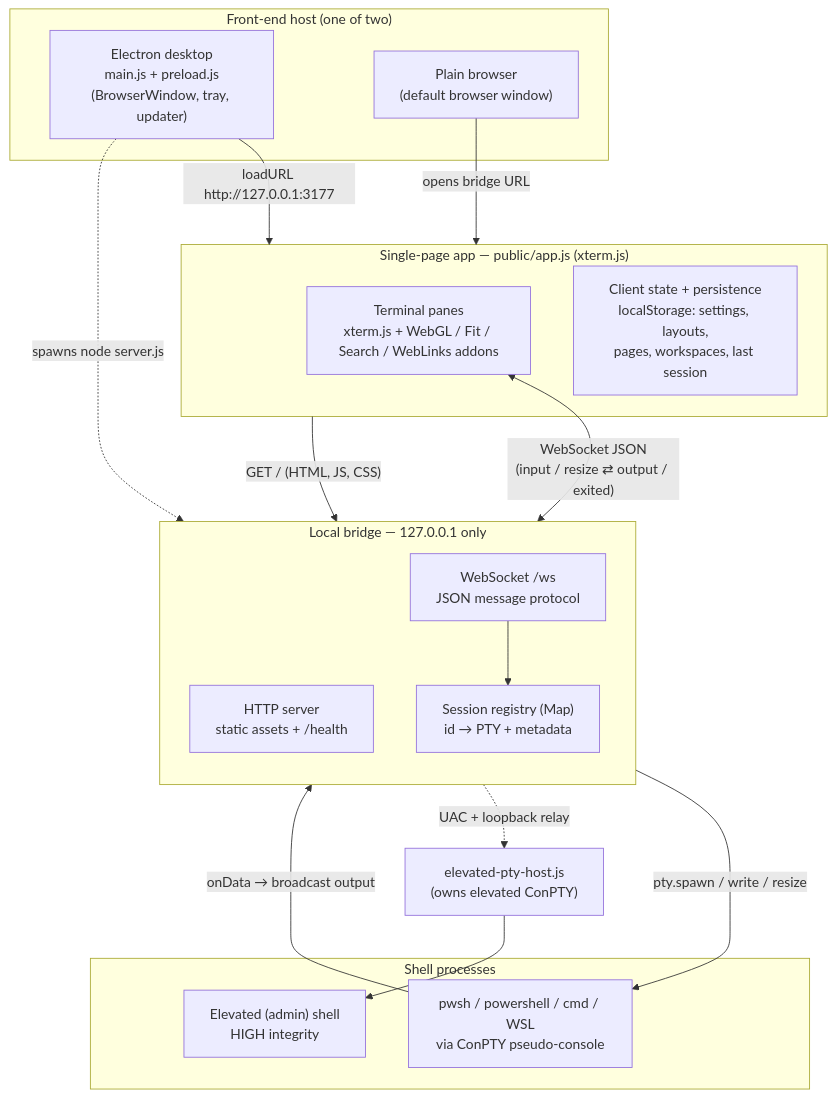
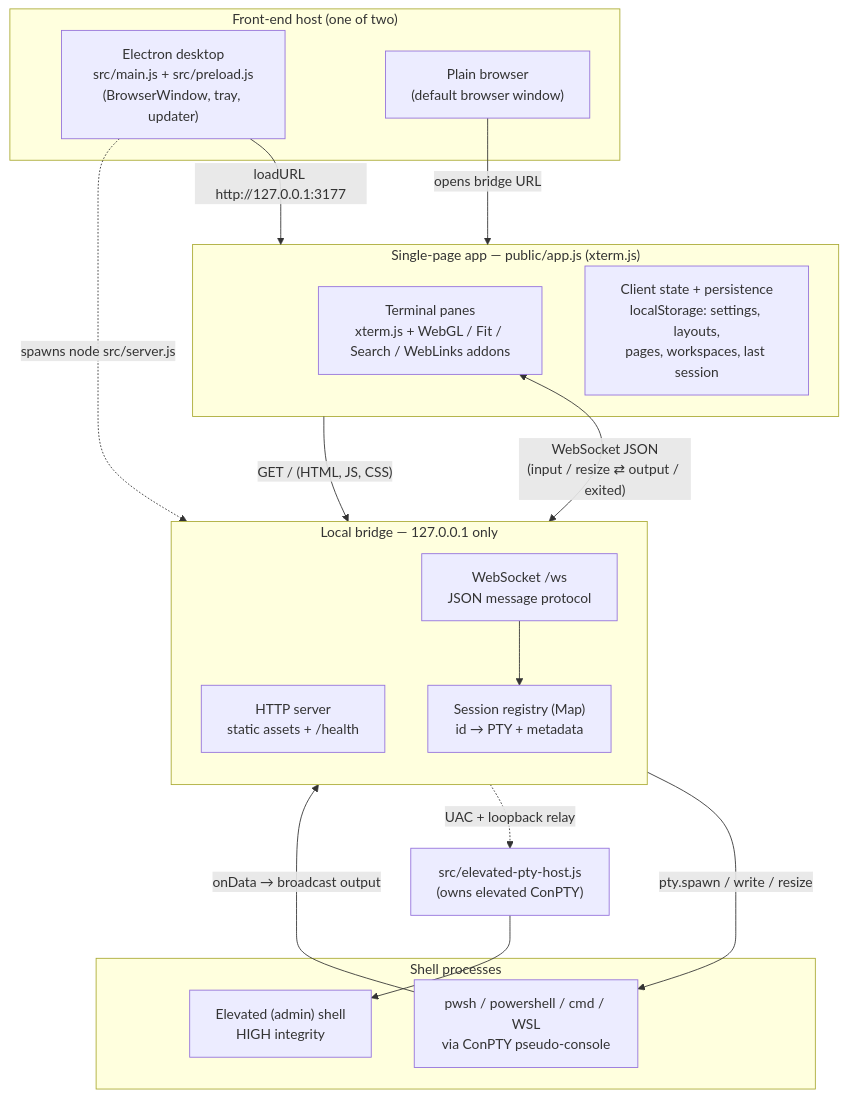
The first of 2 diagrams in README.md (andrewtheart/multiterm-workbench), drawn with Mermaid before and after one commit. The commit also changed other lines of this file and 49 other files, not shown here.

Commit message:
refactor(layout): move bridge, Electron, and helper entry points into src/

````diff
--- a/README.md
+++ b/README.md
@@ -324,37 +334,37 @@
 ```mermaid
 flowchart TB
     subgraph host["Front-end host (one of two)"]
-        electron["Electron desktop<br/>main.js + preload.js<br/>(BrowserWindow, tray, updater)"]
+        electron["Electron desktop<br/>src/main.js + src/preload.js<br/>(BrowserWindow, tray, updater)"]
         browser["Plain browser<br/>(default browser window)"]
     end
 
     subgraph spa["Single-page app — public/app.js (xterm.js)"]
         panes["Terminal panes<br/>xterm.js + WebGL / Fit / Search / WebLinks addons"]
         clientstate["Client state + persistence<br/>localStorage: settings, layouts,<br/>pages, workspaces, last session"]
     end
 
     subgraph bridge["Local bridge — 127.0.0.1 only"]
         direction TB
         httpsrv["HTTP server<br/>static assets + /health"]
         wssrv["WebSocket /ws<br/>JSON message protocol"]
         sessions["Session registry (Map)<br/>id → PTY + metadata"]
     end
 
     subgraph shells["Shell processes"]
         pty1["pwsh / powershell / cmd / WSL<br/>via ConPTY pseudo-console"]
         elev["Elevated (admin) shell<br/>HIGH integrity"]
     end
 
     electron -->|"loadURL http://127.0.0.1:3177"| spa
     browser -->|"opens bridge URL"| spa
-    electron -.->|"spawns node server.js"| bridge
+    electron -.->|"spawns node src/server.js"| bridge
 
     panes <-->|"WebSocket JSON<br/>(input / resize ⇄ output / exited)"| wssrv
     spa -->|"GET / (HTML, JS, CSS)"| httpsrv
     wssrv --> sessions
     sessions -->|"pty.spawn / write / resize"| pty1
     pty1 -->|"onData → broadcast output"| wssrv
 
-    sessions -.->|"UAC + loopback relay"| elevhost["elevated-pty-host.js<br/>(owns elevated ConPTY)"]
+    sessions -.->|"UAC + loopback relay"| elevhost["src/elevated-pty-host.js<br/>(owns elevated ConPTY)"]
     elevhost --> elev
 ```
````
